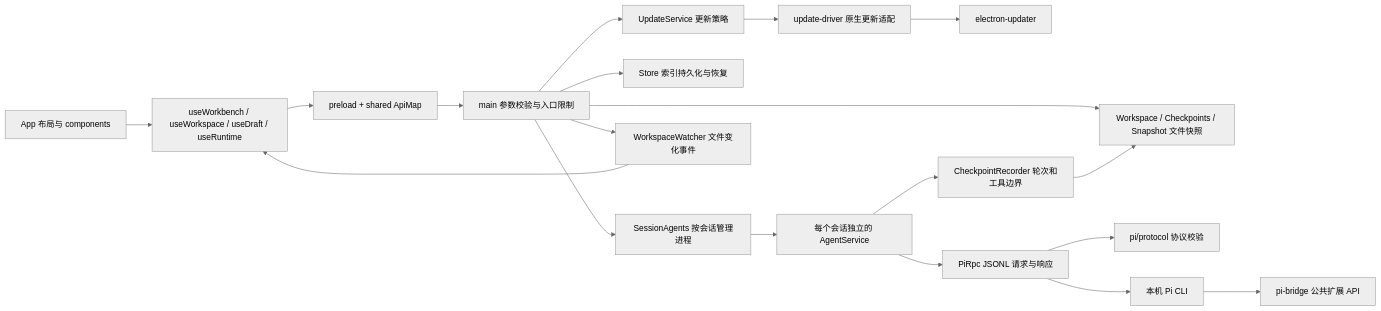
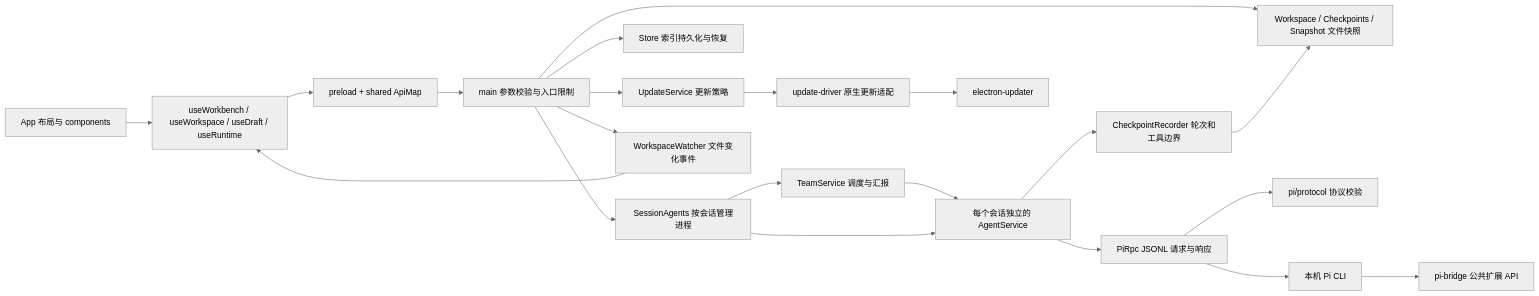
The diagram in docs/architecture.md (yeyuProject/pi-desktop-gui), drawn with Mermaid (neutral theme) before and after one commit. The commit also changed other lines of this file and 63 other files, not shown here.

Commit message:
feat: add managed team collaboration with isolated member sessions

````diff
--- a/docs/architecture.md
+++ b/docs/architecture.md
@@ -5,21 +5,23 @@
 ```mermaid
 flowchart LR
   UI[App 布局与 components] --> Hooks[useWorkbench / useWorkspace / useDraft / useRuntime]
   Hooks --> IPC[preload + shared ApiMap]
   IPC --> Main[main 参数校验与入口限制]
   Main --> Sessions[SessionAgents 按会话管理进程]
-  Sessions --> Agent[每个会话独立的 AgentService]
+  Sessions --> Team[TeamService 调度与汇报]
+  Team --> Agent[每个会话独立的 AgentService]
+  Sessions --> Agent
   Main --> Store[Store 索引持久化与恢复]
   Main --> Updates[UpdateService 更新策略]
   Updates --> Driver[update-driver 原生更新适配]
   Driver --> Native[electron-updater]
   Main --> Workspace[Workspace / Checkpoints / Snapshot 文件快照]
   Main --> Watch[WorkspaceWatcher 文件变化事件]
   Watch --> Hooks
   Agent --> Recorder[CheckpointRecorder 轮次和工具边界]
   Recorder --> Workspace
   Agent --> RPC[PiRpc JSONL 请求与响应]
   RPC --> Protocol[pi/protocol 协议校验]
   RPC --> Pi[本机 Pi CLI]
   Pi --> Bridge[pi-bridge 公共扩展 API]
 ```
````
